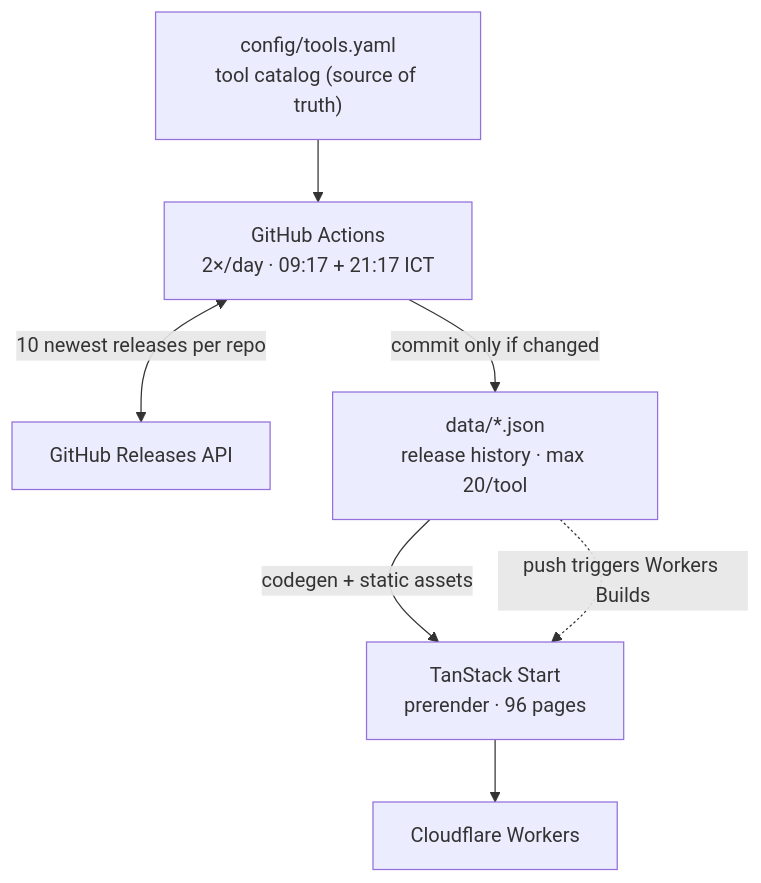
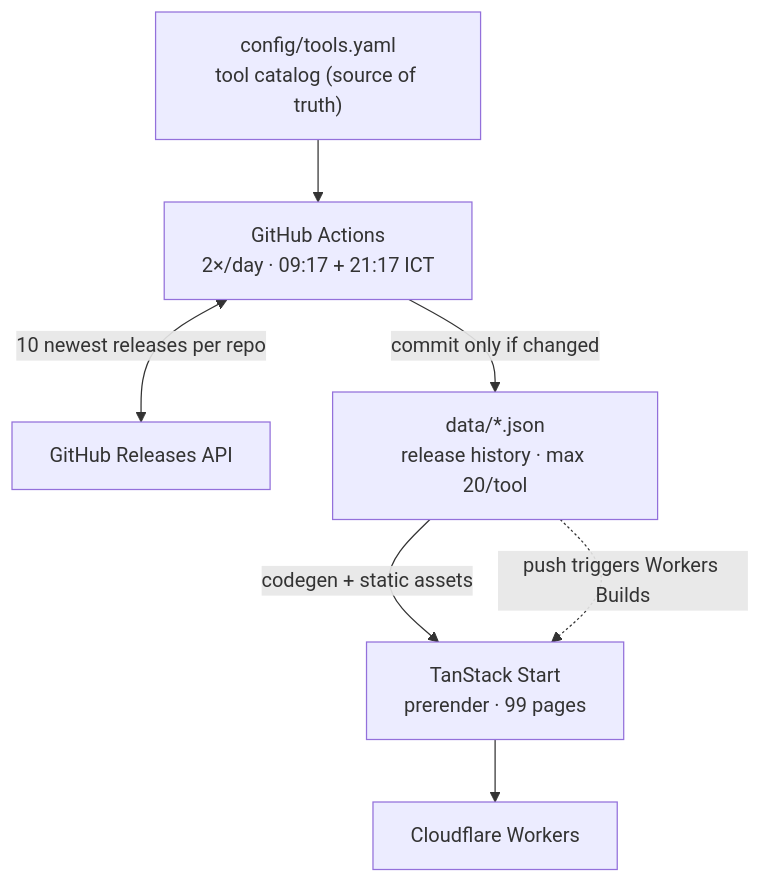
The diagram in README.md (duynhlab/release-radar), drawn with Mermaid before and after one commit. The commit also changed other lines of this file and 9 other files, not shown here.

````diff
--- a/README.md
+++ b/README.md
@@ -6,16 +6,16 @@
 ```mermaid
 flowchart TD
     catalog["config/tools.yaml<br/>tool catalog (source of truth)"]
     sync["GitHub Actions<br/>2×/day · 09:17 + 21:17 ICT"]
     api["GitHub Releases API"]
     data["data/*.json<br/>release history · max 20/tool"]
-    build["TanStack Start<br/>prerender · 96 pages"]
+    build["TanStack Start<br/>prerender · 99 pages"]
     cf["Cloudflare Workers"]
 
     catalog --> sync
     sync <-->|"10 newest releases per repo"| api
     sync -->|"commit only if changed"| data
     data -->|"codegen + static assets"| build
     build --> cf
     data -.->|"push triggers Workers Builds"| build
 ```
````
